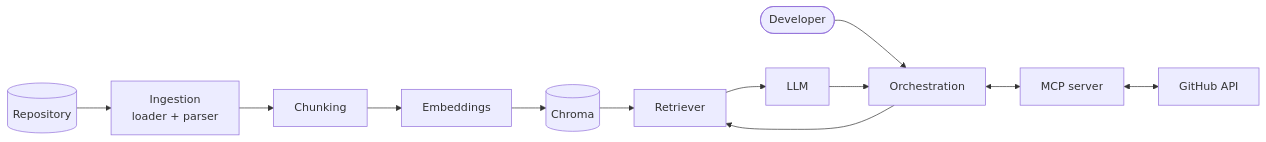
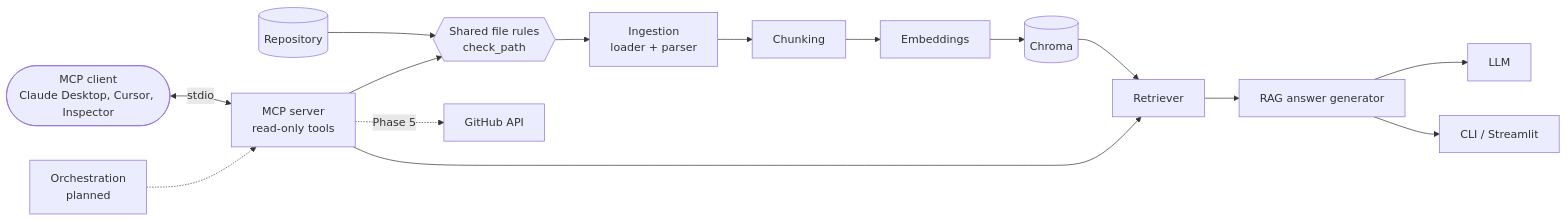
One commit to AbdullahThweib2004/ai-developer-assistant changed the diagram in README.md. Above: the diagram before and after it, drawn with Mermaid. The commit also changed other lines of this file and 2 other files, not shown here.

Commit message:
docs: MCP server usage, security model and client setup

````diff
--- a/README.md
+++ b/README.md
@@ -42,15 +45,19 @@
 ```mermaid
 flowchart LR
-    repo[(Repository)] --> ingest[Ingestion<br/>loader + parser]
+    repo[(Repository)] --> rules{{Shared file rules<br/>check_path}}
+    rules --> ingest[Ingestion<br/>loader + parser]
     ingest --> chunk[Chunking]
     chunk --> embed[Embeddings]
     embed --> chroma[(Chroma)]
     chroma --> retriever[Retriever]
-    retriever --> llm[LLM]
+    retriever --> rag[RAG answer generator]
+    rag --> llm[LLM]
+    rag --> ui[CLI / Streamlit]
 
-    user([Developer]) --> orch[Orchestration]
-    orch --> retriever
-    llm --> orch
-    orch <--> mcp[MCP server]
-    mcp <--> gh[GitHub API]
+    client([MCP client<br/>Claude Desktop, Cursor, Inspector]) <-->|stdio| mcp[MCP server<br/>read-only tools]
+    mcp --> retriever
+    mcp --> rules
+
+    orch[Orchestration<br/>planned] -.-> mcp
+    mcp -.->|Phase 5| gh[GitHub API]
 ```
````
